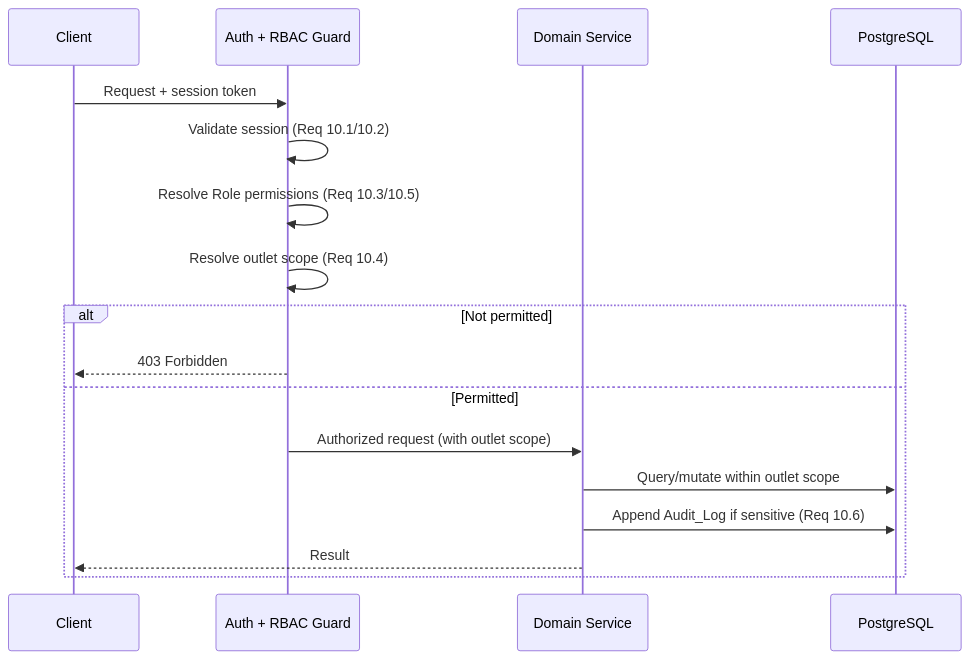
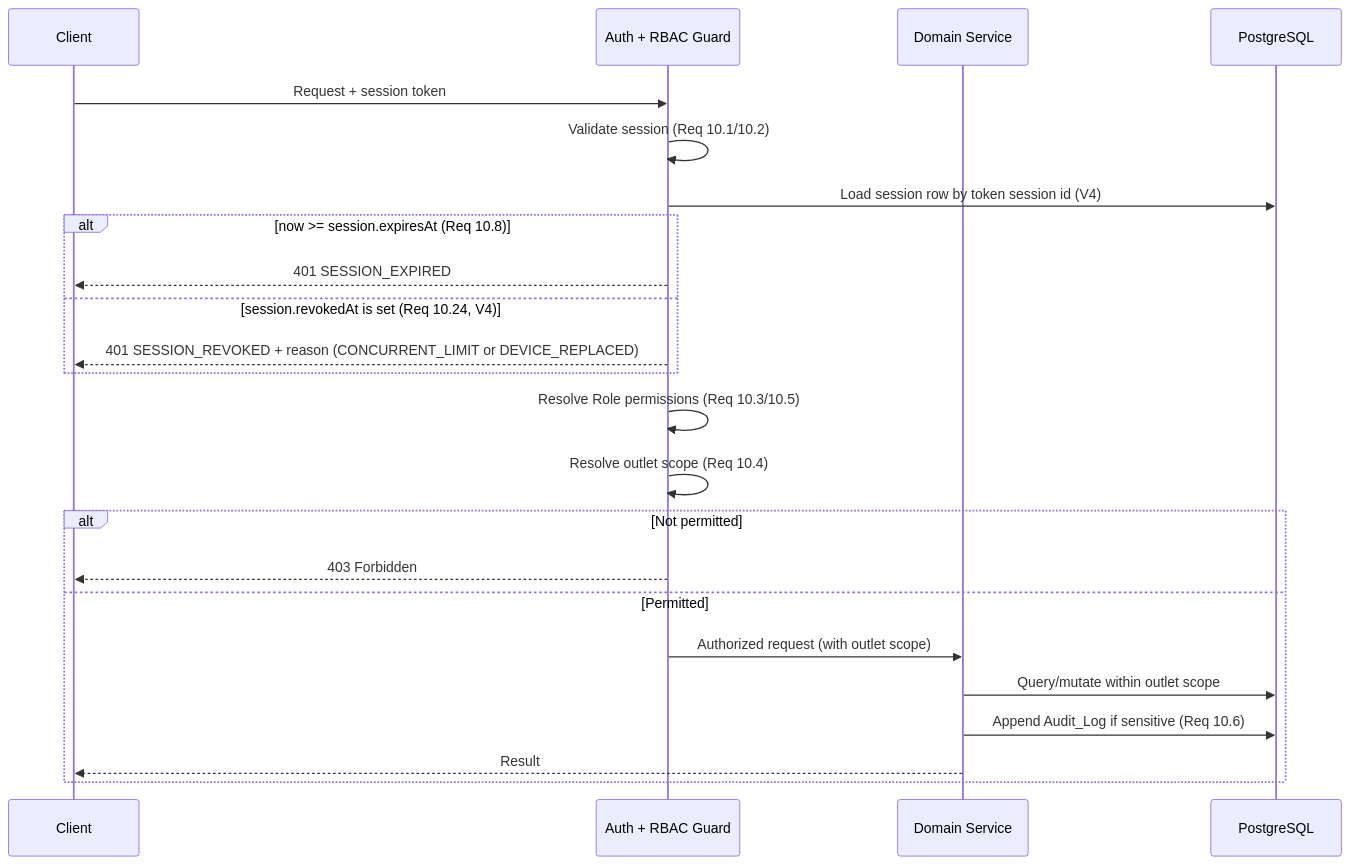
One commit to alvianzf/kiro-spec changed the second of 4 diagrams in .kiro/specs/cashier-business-owner/design.md. Above: the diagram before and after it, drawn with Mermaid. The commit also changed other lines of this file and 24 other files, not shown here.

````diff
--- a/.kiro/specs/cashier-business-owner/design.md
+++ b/.kiro/specs/cashier-business-owner/design.md
@@ -86,20 +89,26 @@
 ```mermaid
 sequenceDiagram
     participant C as Client
     participant G as Auth + RBAC Guard
     participant S as Domain Service
     participant DB as PostgreSQL
 
     C->>G: Request + session token
     G->>G: Validate session (Req 10.1/10.2)
+    G->>DB: Load session row by token session id (V4)
+    alt now >= session.expiresAt (Req 10.8)
+        G-->>C: 401 SESSION_EXPIRED
+    else session.revokedAt is set (Req 10.24, V4)
+        G-->>C: 401 SESSION_REVOKED + reason (CONCURRENT_LIMIT or DEVICE_REPLACED)
+    end
     G->>G: Resolve Role permissions (Req 10.3/10.5)
     G->>G: Resolve outlet scope (Req 10.4)
     alt Not permitted
         G-->>C: 403 Forbidden
     else Permitted
         G->>S: Authorized request (with outlet scope)
         S->>DB: Query/mutate within outlet scope
         S->>DB: Append Audit_Log if sensitive (Req 10.6)
         S-->>C: Result
     end
 ```
````
